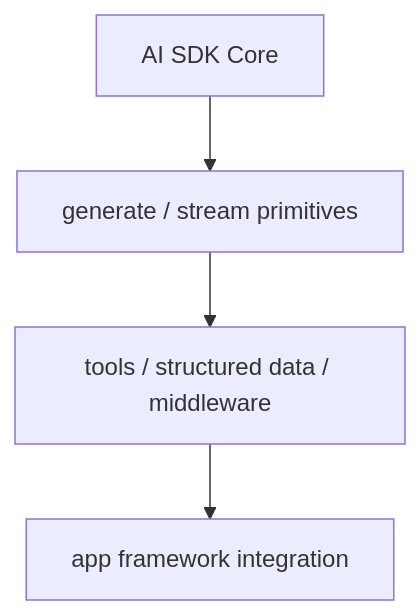
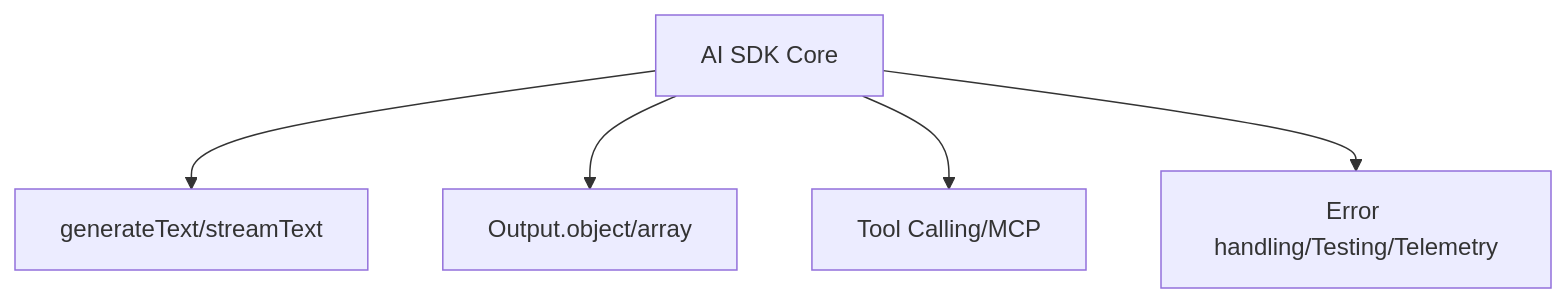
Before and after one commit to kim62210/llm-wiki: the diagram in wiki/tooling/vercel-ai-sdk-core-overview.md, drawn with Mermaid. The commit also changed other lines of this file and 482 other files, not shown here.

````diff
--- a/wiki/tooling/vercel-ai-sdk-core-overview.md
+++ b/wiki/tooling/vercel-ai-sdk-core-overview.md
@@ -17,6 +16,7 @@
 ```mermaid
 flowchart TD
-    A[AI SDK Core] --> B[generate / stream primitives]
-    B --> C[tools / structured data / middleware]
-    C --> D[app framework integration]
+    Core[AI SDK Core] --> Text[generateText/streamText]
+    Core --> Structured[Output.object/array]
+    Core --> Tools[Tool Calling/MCP]
+    Core --> Ops[Error handling/Testing/Telemetry]
 ```
````
